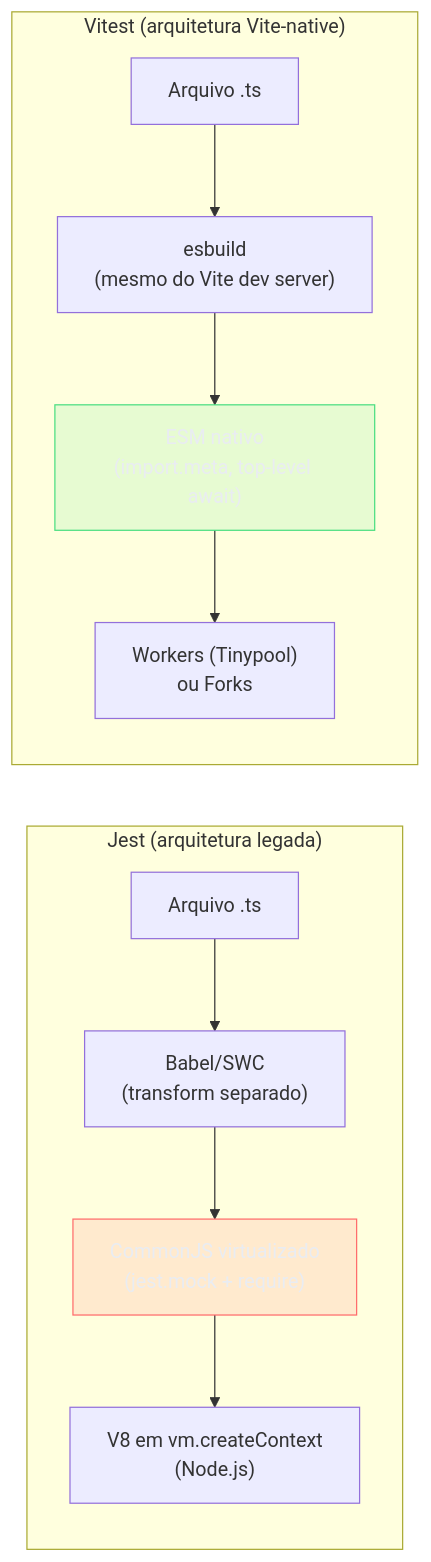
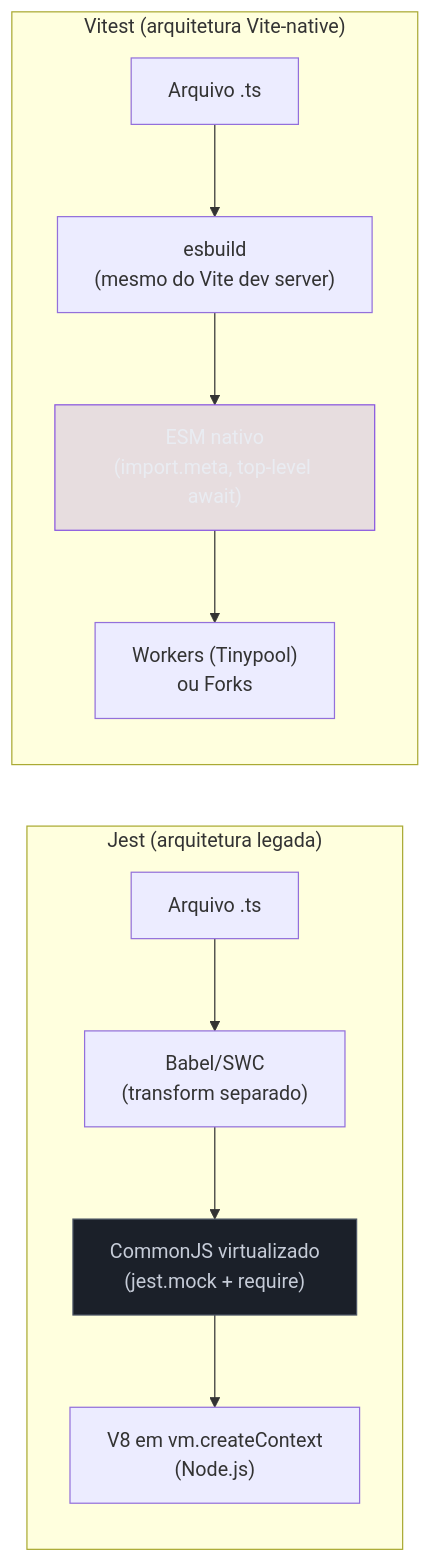
Before and after one commit to josenaldo/codex-technomanticus: the third of 5 diagrams in 03-Dominios/Tecnologia/Tooling e Build/19 - Test runner nativo (node-test) e o cenário de testes.md, drawn with Mermaid. The commit also changed other lines of this file and 601 other files, not shown here.

````diff
--- a/03-Dominios/Tecnologia/Tooling e Build/19 - Test runner nativo (node-test) e o cenário de testes.md
+++ b/03-Dominios/Tecnologia/Tooling e Build/19 - Test runner nativo (node-test) e o cenário de testes.md
@@ -333,23 +333,23 @@
 ```mermaid
 graph LR
-    classDef falha fill:#FF6B6B24,stroke:#FF6B6B,color:#E9ECF2
-    classDef ok fill:#4ADE8021,stroke:#4ADE80,color:#E9ECF2
+    classDef marca fill:#8855DF33,stroke:#8855DF,color:#E9ECF2
+    classDef neutro fill:#1B2029,stroke:#4E5666,color:#C6CCD8
     subgraph "Jest (arquitetura legada)"
         JF["Arquivo .ts"]
         JB["Babel/SWC\n(transform separado)"]
         JCJ["CommonJS virtualizado\n(jest.mock + require)"]
         JV8["V8 em vm.createContext\n(Node.js)"]
         JF --> JB --> JCJ --> JV8
     end
 
     subgraph "Vitest (arquitetura Vite-native)"
         VF["Arquivo .ts"]
         VE["esbuild\n(mesmo do Vite dev server)"]
         VESM["ESM nativo\n(import.meta, top-level await)"]
         VW["Workers (Tinypool)\nou Forks"]
         VF --> VE --> VESM --> VW
     end
 
-    class JCJ falha
-    class VESM ok
+    class JCJ neutro
+    class VESM marca
 ```
````
